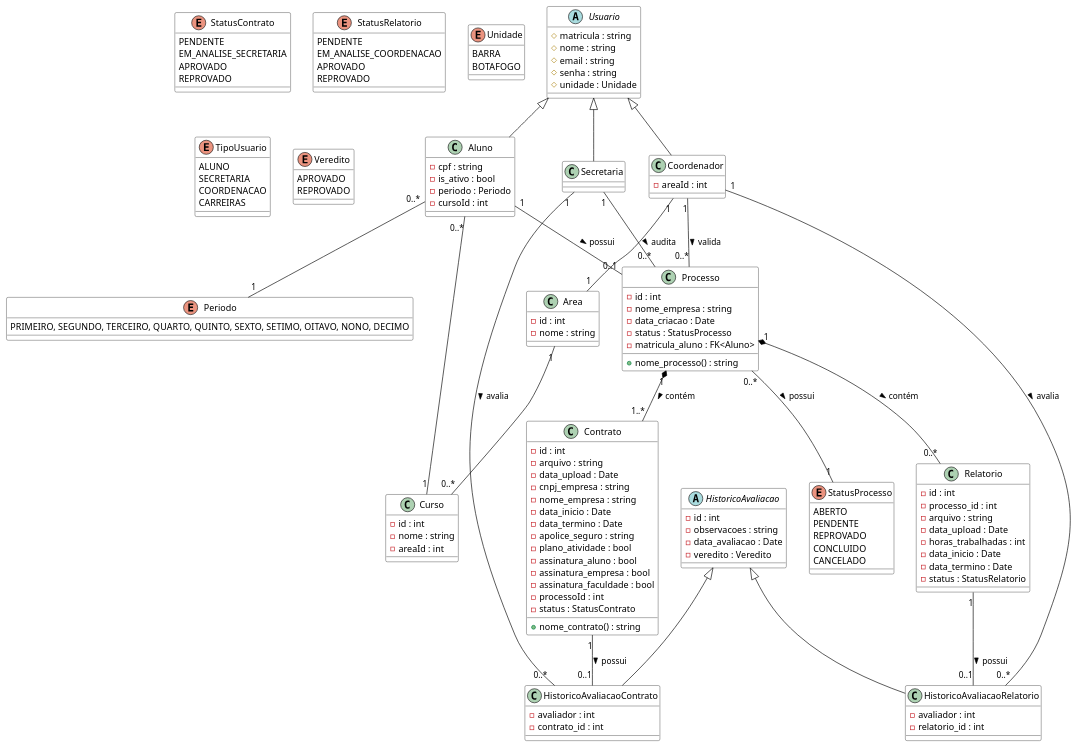
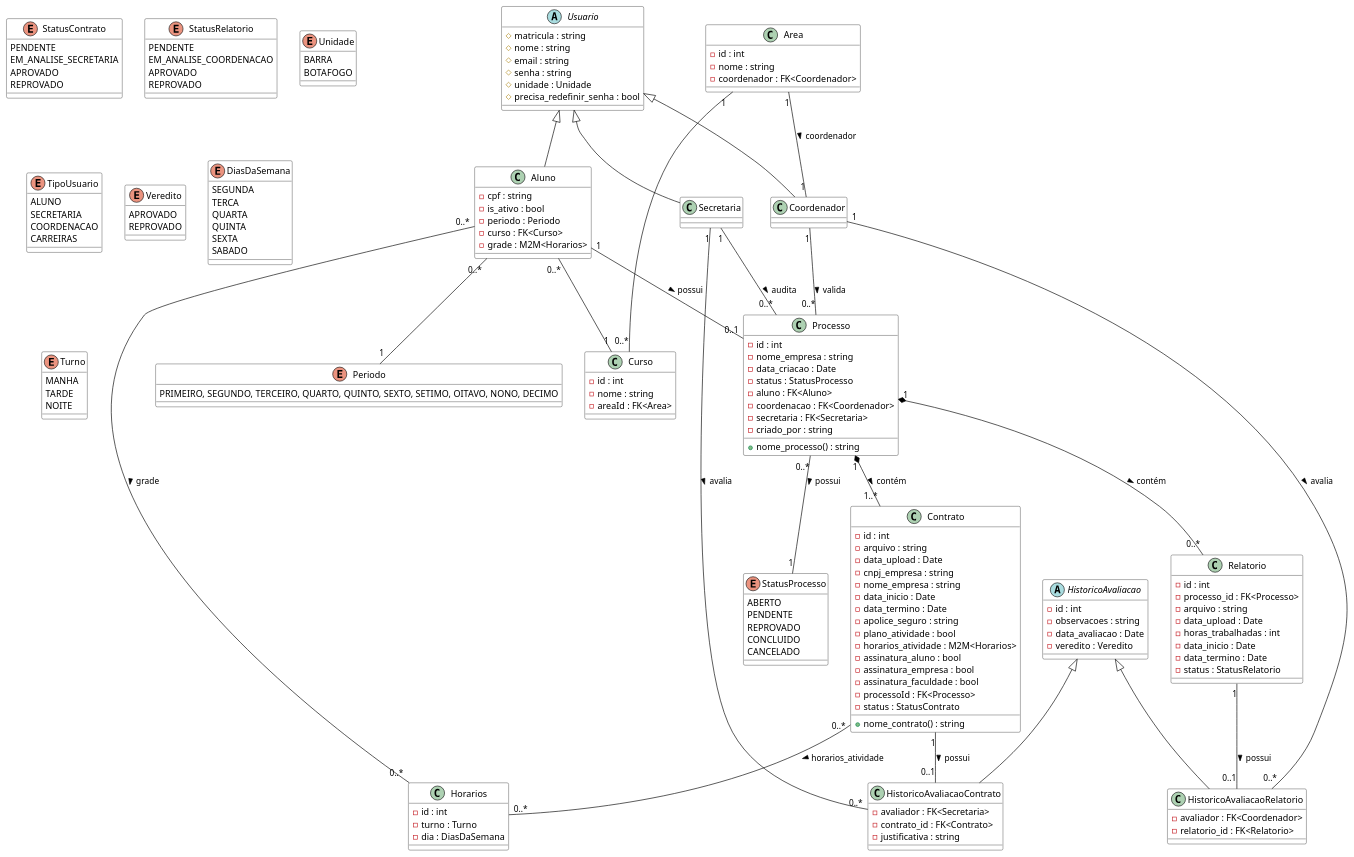
The diagram in docs/assets/Diagramas/src/diagrama_de_classes.puml (Projetos-de-Extensao/PBE_26.1_8002_III), drawn with PlantUML before and after one commit. The commit also changed 7 other files, not shown here.

Commit message:
docs: atualização dos diagramas de classe para refletir o desenvolvimento

```diff
--- a/docs/assets/Diagramas/src/diagrama_de_classes.puml
+++ b/docs/assets/Diagramas/src/diagrama_de_classes.puml
@@ -51,6 +51,21 @@
     REPROVADO
 }
 
+enum DiasDaSemana {
+    SEGUNDA
+    TERCA
+    QUARTA
+    QUINTA
+    SEXTA
+    SABADO
+}
+
+enum Turno {
+    MANHA
+    TARDE
+    NOITE
+}
+
 ' --- Classes Principais ---
 
 abstract class Usuario {
@@ -59,20 +74,21 @@
     # email : string
     # senha : string
     # unidade : Unidade
+    # precisa_redefinir_senha : bool
 }
 
 class Aluno extends Usuario {
     - cpf : string
     - is_ativo : bool
     - periodo : Periodo
-    - cursoId : int
+    - curso : FK<Curso>
+    - grade : M2M<Horarios>
 }
 
 class Secretaria extends Usuario {
 }
 
 class Coordenador extends Usuario {
-    - areaId : int
 }
 
 class Processo {
@@ -80,7 +96,10 @@
     - nome_empresa : string
     - data_criacao : Date
     - status : StatusProcesso
-    - matricula_aluno : FK<Aluno>
+    - aluno : FK<Aluno>
+    - coordenacao : FK<Coordenador>
+    - secretaria : FK<Secretaria>
+    - criado_por : string
     + nome_processo() : string
 }
 
@@ -94,17 +113,18 @@
     - data_termino : Date
     - apolice_seguro : string
     - plano_atividade : bool
+    - horarios_atividade : M2M<Horarios>
     - assinatura_aluno : bool
     - assinatura_empresa : bool
     - assinatura_faculdade : bool
-    - processoId : int
+    - processoId : FK<Processo>
     - status : StatusContrato
     + nome_contrato() : string
 }
 
 class Relatorio {
     - id : int
-    - processo_id : int
+    - processo_id : FK<Processo>
     - arquivo : string
     - data_upload : Date
     - horas_trabalhadas : int
@@ -121,24 +141,32 @@
 }
 
 class HistoricoAvaliacaoRelatorio extends HistoricoAvaliacao {
-    - avaliador : int
-    - relatorio_id : int
+    - avaliador : FK<Coordenador>
+    - relatorio_id : FK<Relatorio>
 }
 
 class HistoricoAvaliacaoContrato extends HistoricoAvaliacao {
-    - avaliador : int
-    - contrato_id : int
+    - avaliador : FK<Secretaria>
+    - contrato_id : FK<Contrato>
+    - justificativa : string
 }
 
 class Curso {
     - id : int
     - nome : string
-    - areaId : int
+    - areaId : FK<Area>
 }
 
 class Area {
     - id : int
     - nome : string
+    - coordenador : FK<Coordenador>
+}
+
+class Horarios {
+    - id : int
+    - turno : Turno
+    - dia : DiasDaSemana
 }
 
 ' --- Relacionamentos ---
@@ -147,9 +175,12 @@
 Aluno "0..*" -- "1" Curso
 Aluno "0..*" -- "1" Periodo
 
+' Grade horária do aluno
+Aluno "0..*" -- "0..*" Horarios : grade >
+
 ' Hierarquia de Curso e Área
 Area "1" -- "0..*" Curso
-Coordenador "1" -- "1" Area
+Area "1" -- "1" Coordenador : coordenador >
 
 ' Relacionamento de Processo
 Aluno "1" -- "0..1" Processo : possui >
@@ -160,6 +191,9 @@
 Processo "1" *-- "0..*" Relatorio : contém >
 Processo "0..*" -- "1" StatusProcesso : possui >
 
+' Horários do contrato
+Contrato "0..*" -- "0..*" Horarios : horarios_atividade >
+
 Coordenador "1" -- "0..*" HistoricoAvaliacaoRelatorio : avalia >
 Relatorio "1" -- "0..1" HistoricoAvaliacaoRelatorio : possui >
 
```
